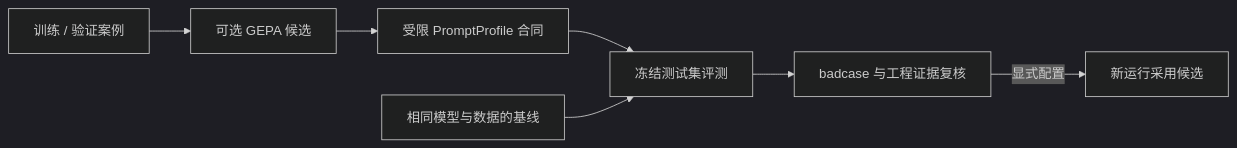
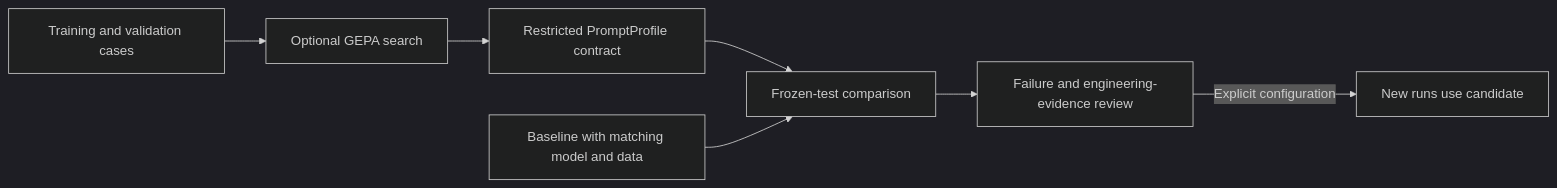
One commit to Taxueovo/Shaft-Machining-Planner changed the diagram in evaluation/README.md. Above: the diagram before and after it, drawn with Mermaid (dark theme). The commit also changed other lines of this file and 12 other files, not shown here.

````diff
--- a/evaluation/README.md
+++ b/evaluation/README.md
@@ -41,9 +45,9 @@
 ```mermaid
 flowchart LR
-  T[训练 / 验证案例] --> O[可选 GEPA 候选]
-  O --> C[受限 PromptProfile 合同]
-  C --> E[冻结测试集评测]
-  B[相同模型与数据的基线] --> E
-  E --> R[badcase 与工程证据复核]
-  R -->|显式配置| N[新运行采用候选]
+  T[Training and validation cases] --> O[Optional GEPA search]
+  O --> C[Restricted PromptProfile contract]
+  C --> E[Frozen-test comparison]
+  B[Baseline with matching model and data] --> E
+  E --> R[Failure and engineering-evidence review]
+  R -->|Explicit configuration| N[New runs use candidate]
 ```
````
